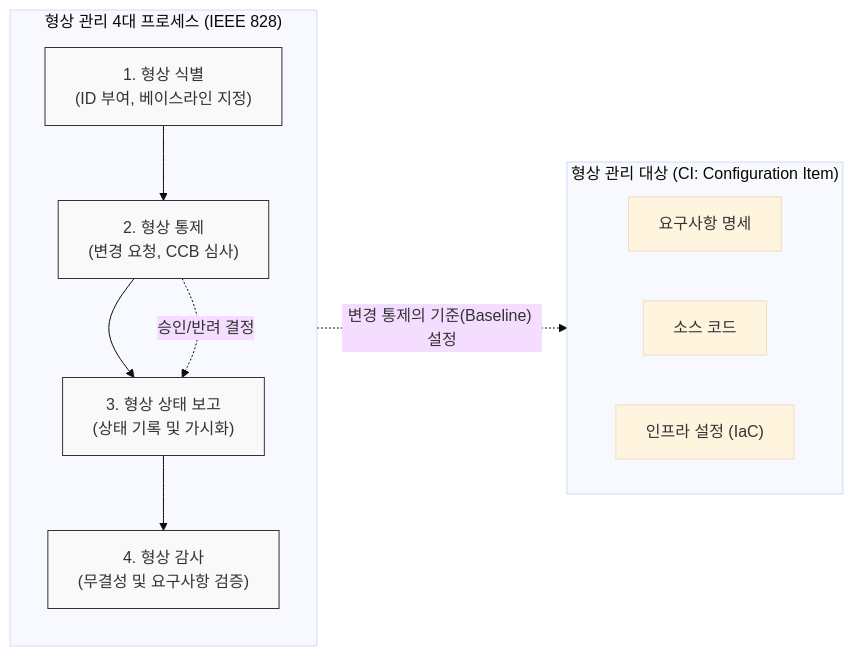
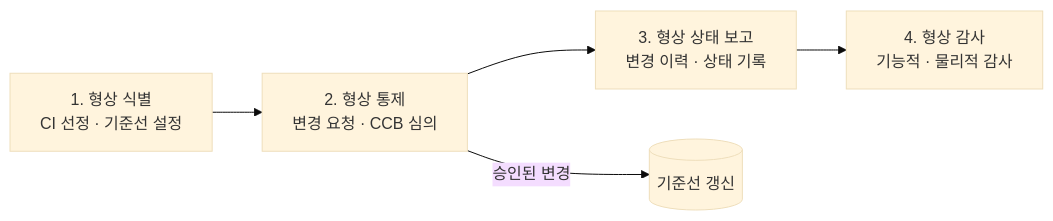
Before and after one commit to supremethumb/supremethumb.github.io: the diagram in content/01_IT Tech/형상 관리.md, drawn with Mermaid (base theme). The commit also changed other lines of this file and 1087 other files, not shown here.

````diff
--- a/content/01_IT Tech/형상 관리.md
+++ b/content/01_IT Tech/형상 관리.md
@@ -28,24 +36,7 @@
 ```mermaid
 flowchart LR
-    subgraph "형상 관리 4대 프로세스 (IEEE 828)"
-        direction TB
-        Id["1. 형상 식별<br/>(ID 부여, 베이스라인 지정)"] --> Control["2. 형상 통제<br/>(변경 요청, CCB 심사)"]
-        Control --> Status["3. 형상 상태 보고<br/>(상태 기록 및 가시화)"]
-        Status --> Audit["4. 형상 감사<br/>(무결성 및 요구사항 검증)"]
-    end
-    
-    subgraph "형상 관리 대상 (CI: Configuration Item)"
-        direction LR
-        Req["요구사항 명세"]
-        Src["소스 코드"]
-        Env["인프라 설정 (IaC)"]
-    end
-    
-    Id -. "변경 통제의 기준(Baseline) 설정" .-> Src
-    Control -. "승인/반려 결정" .-> Status
-    
-    %% 스타일링
-    classDef process fill:#f9f9f9,stroke:#333,stroke-width:1px;
-    class Id,Control,Status,Audit process;
-
+    ID["1. 형상 식별<br/>CI 선정 · 기준선 설정"] --> CT["2. 형상 통제<br/>변경 요청 · CCB 심의"]
+    CT --> SA["3. 형상 상태 보고<br/>변경 이력 · 상태 기록"]
+    SA --> AU["4. 형상 감사<br/>기능적 · 물리적 감사"]
+    CT -- "승인된 변경" --> BL[("기준선 갱신")]
 ```
````
